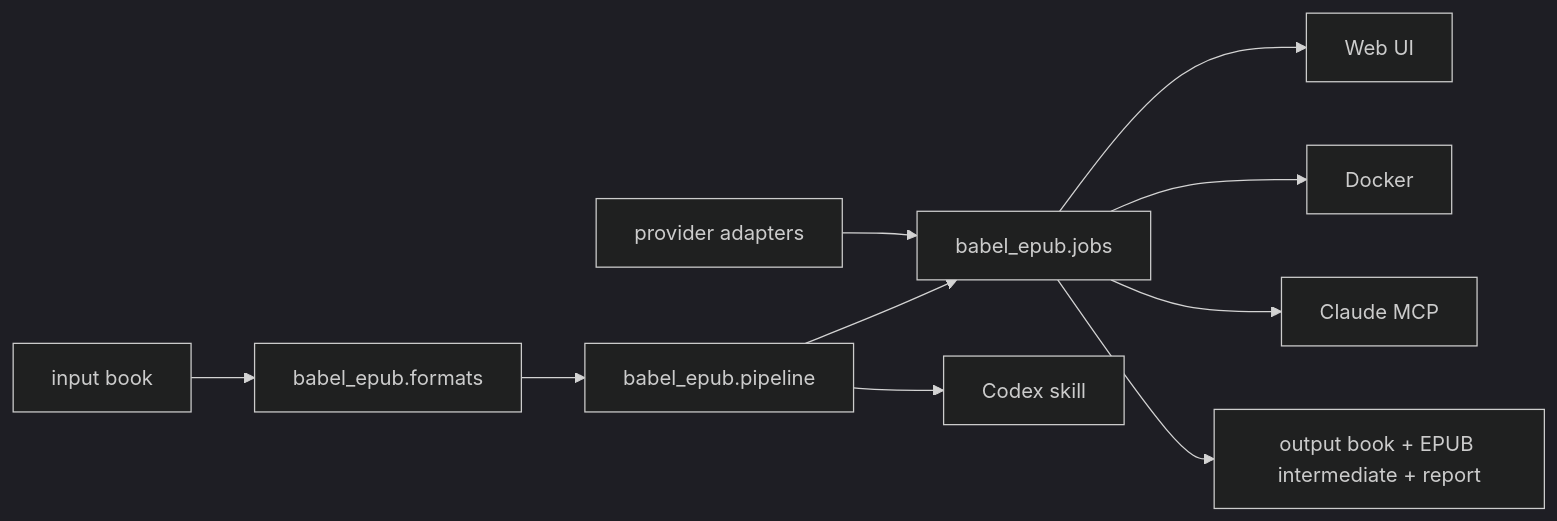
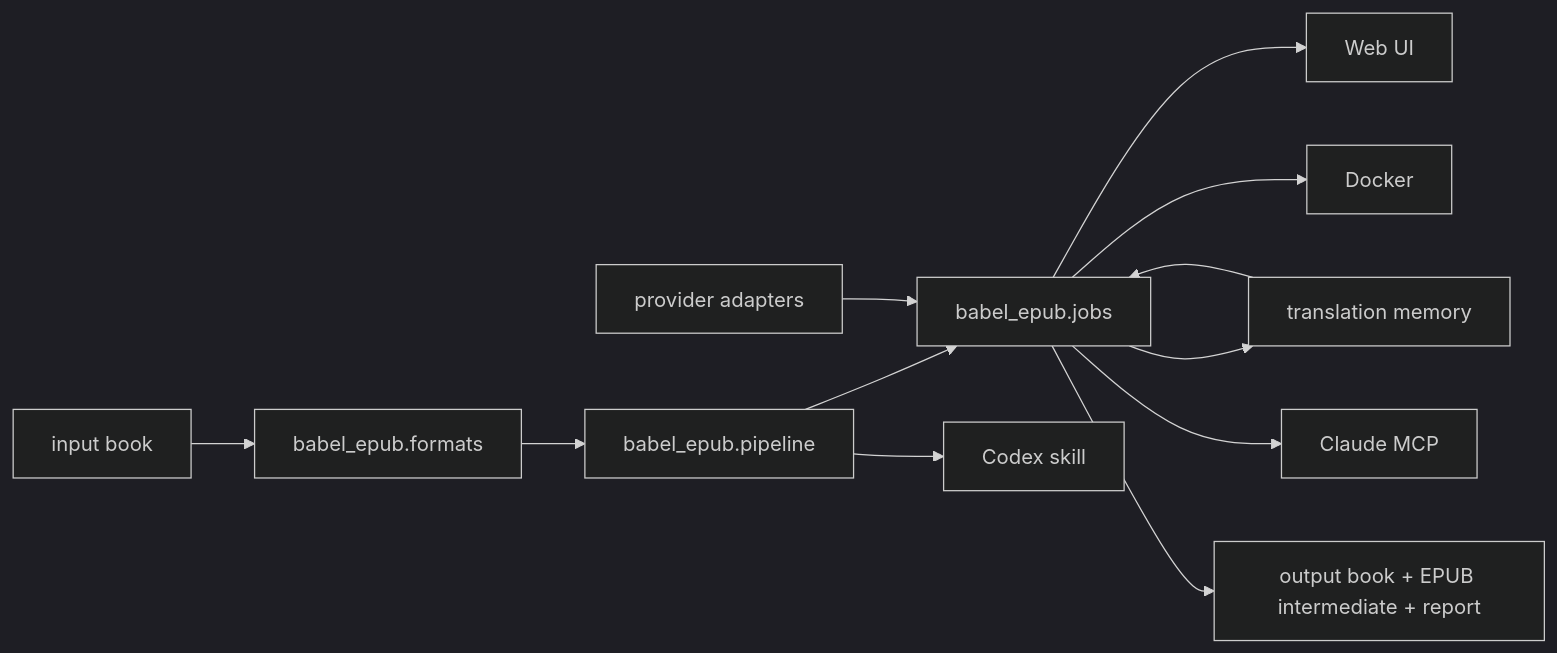
The diagram in docs/ARCHITECTURE.md (Yipxiyi/Babel), drawn with Mermaid (dark theme) before and after one commit. The commit also changed other lines of this file and 36 other files, not shown here.

````diff
--- a/docs/ARCHITECTURE.md
+++ b/docs/ARCHITECTURE.md
@@ -7,12 +7,14 @@
 ```mermaid
 flowchart LR
   A["input book"] --> Z["babel_epub.formats"]
   Z --> B["babel_epub.pipeline"]
   B --> C["babel_epub.jobs"]
   D["provider adapters"] --> C
+  M["translation memory"] --> C
+  C --> M
   C --> E["Web UI"]
   C --> F["Docker"]
   B --> G["Codex skill"]
   C --> H["Claude MCP"]
   C --> I["output book + EPUB intermediate + report"]
 ```
````
